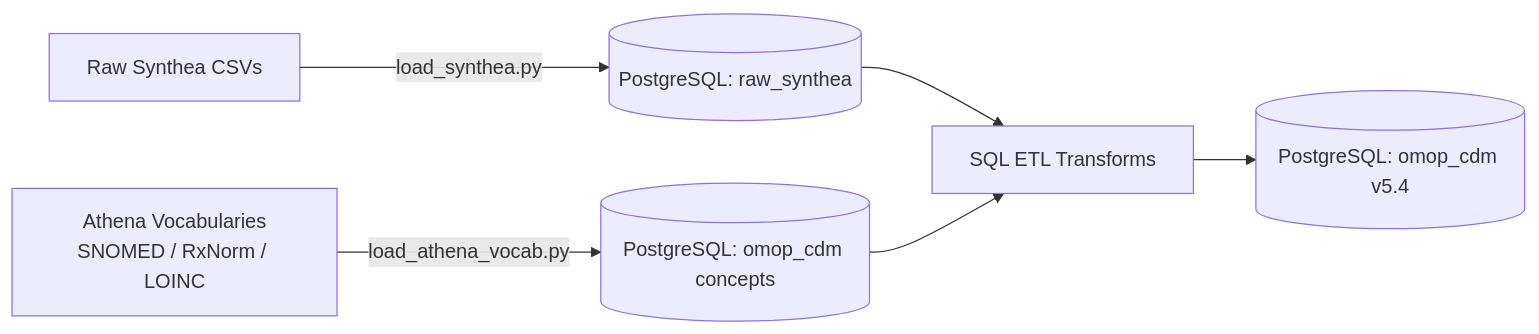
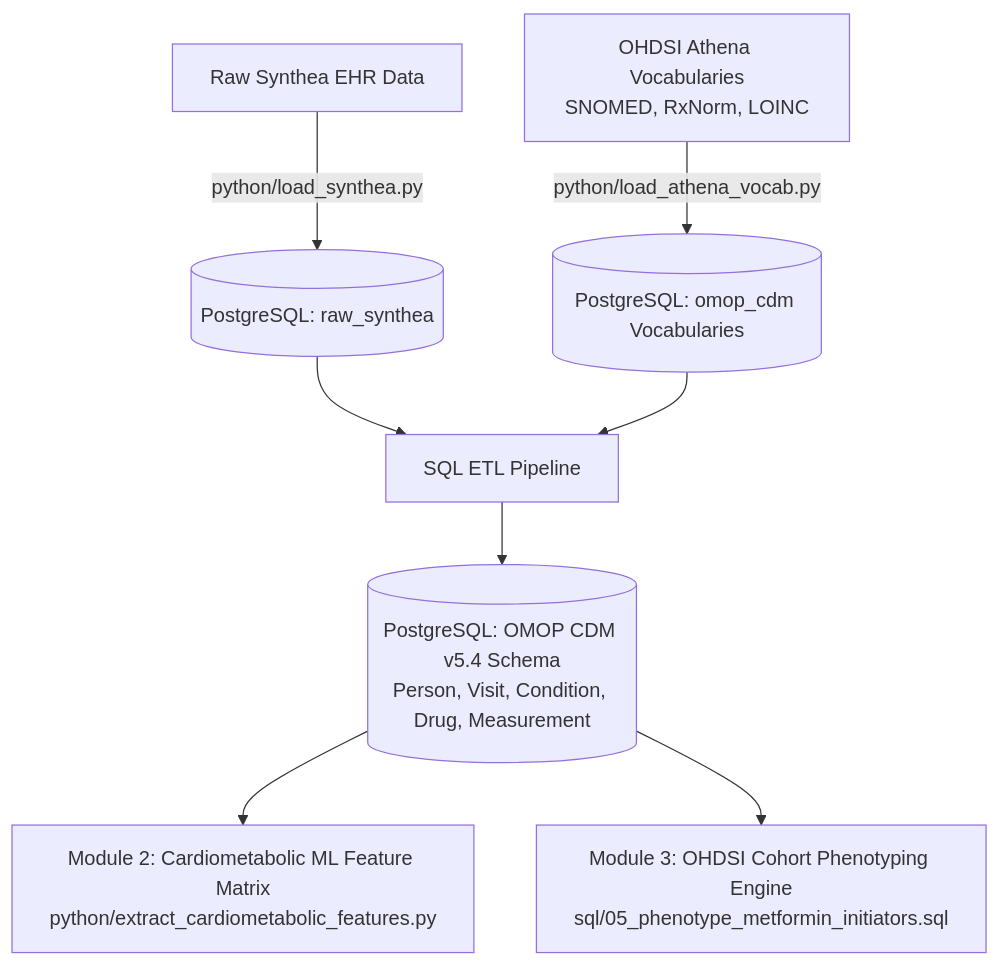
The diagram in README.md (harishedu11-hash/omop-cdm-synthea-etl), drawn with Mermaid before and after one commit. The commit also changed other lines of this file, not shown here.

Commit message:
Docs: Expand README to showcase ML Feature Store and OHDSI Phenotyping Engine

````diff
--- a/README.md
+++ b/README.md
@@ -9,8 +11,13 @@
 ```mermaid
-flowchart LR
-    A[Raw Synthea CSVs] -->|load_synthea.py| B[(PostgreSQL: raw_synthea)]
-    C[Athena Vocabularies\nSNOMED / RxNorm / LOINC] -->|load_athena_vocab.py| D[(PostgreSQL: omop_cdm concepts)]
-    B --> E[SQL ETL Transforms]
+flowchart TD
+    A[Raw Synthea EHR Data] -->|python/load_synthea.py| B[(PostgreSQL: raw_synthea)]
+    C[OHDSI Athena Vocabularies\nSNOMED, RxNorm, LOINC] -->|python/load_athena_vocab.py| D[(PostgreSQL: omop_cdm Vocabularies)]
+    
+    B --> E[SQL ETL Pipeline]
     D --> E
-    E --> F[(PostgreSQL: omop_cdm v5.4)]
+    
+    E --> F[(PostgreSQL: OMOP CDM v5.4 Schema\nPerson, Visit, Condition, Drug, Measurement)]
+    
+    F --> G[Module 2: Cardiometabolic ML Feature Matrix\npython/extract_cardiometabolic_features.py]
+    F --> H[Module 3: OHDSI Cohort Phenotyping Engine\nsql/05_phenotype_metformin_initiators.sql]
 ```
````
